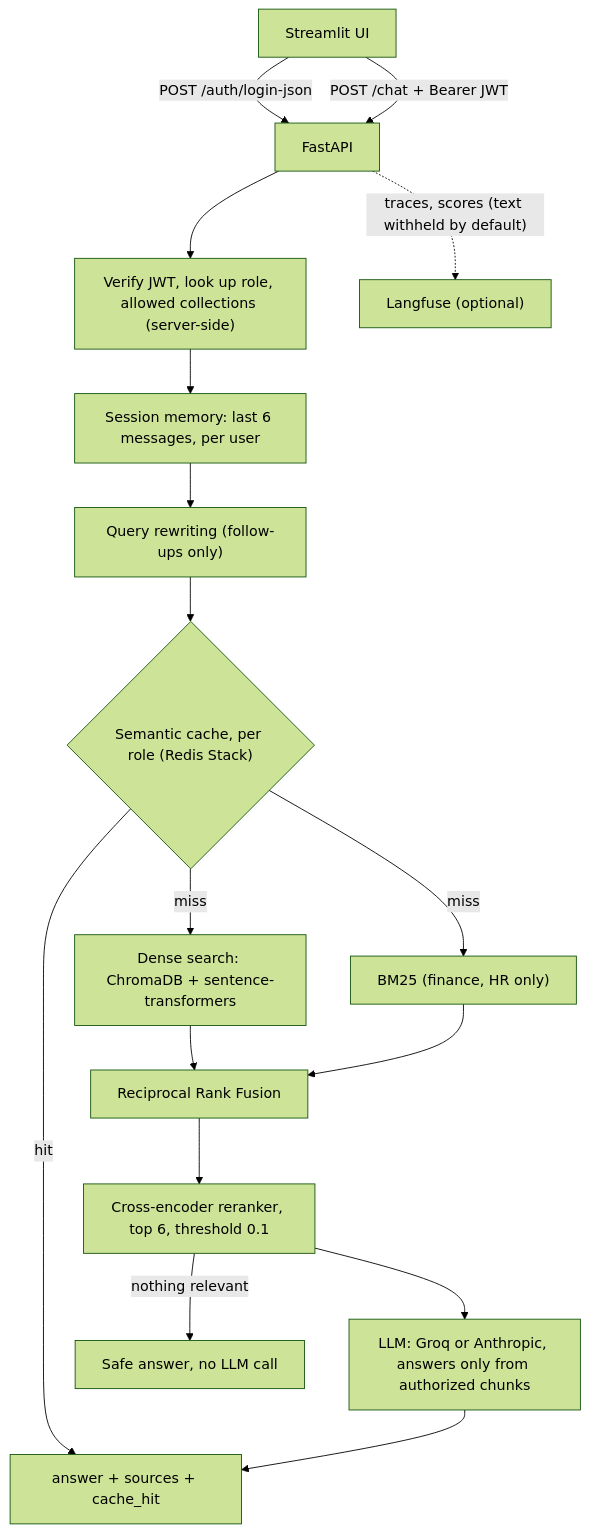
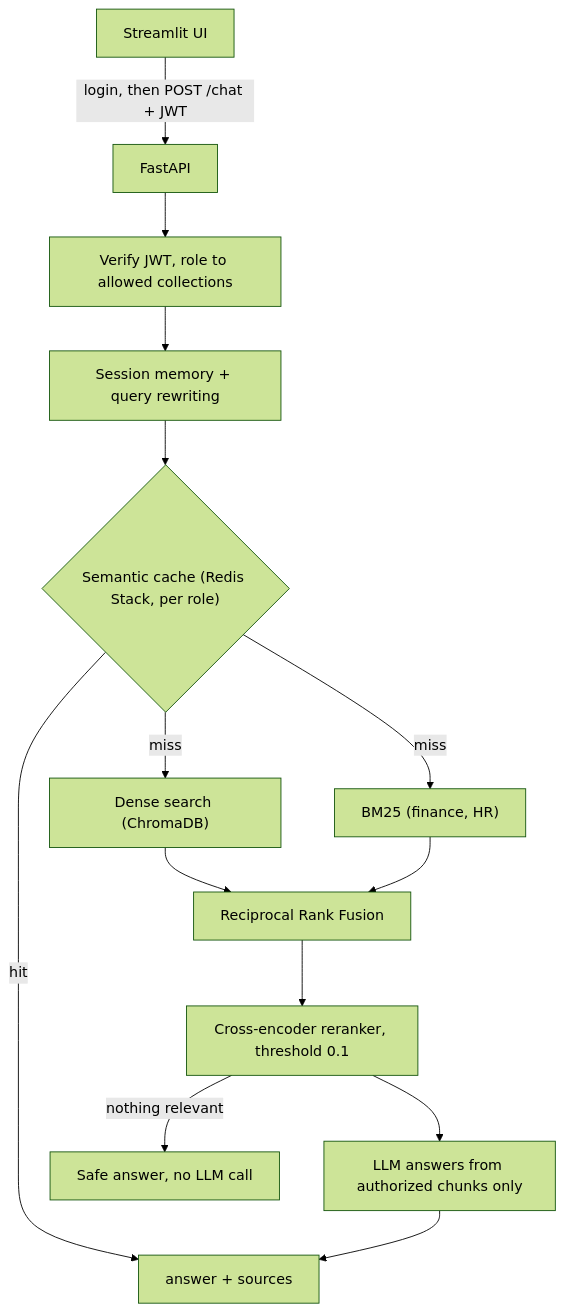
Before and after one commit to vgpatel124/Role-based-Chatbot: the diagram in README.md, drawn with Mermaid (forest theme). The commit also changed other lines of this file, not shown here.

````diff
--- a/README.md
+++ b/README.md
@@ -47,19 +18,16 @@
 ```mermaid
 flowchart TB
-    UI["Streamlit UI"] -->|"POST /auth/login-json"| API["FastAPI"]
-    UI -->|"POST /chat + Bearer JWT"| API
-    API --> AUTH["Verify JWT, look up role, allowed collections (server-side)"]
-    AUTH --> MEM["Session memory: last 6 messages, per user"]
-    MEM --> RW["Query rewriting (follow-ups only)"]
-    RW --> CACHE{"Semantic cache, per role (Redis Stack)"}
-    CACHE -->|hit| OUT["answer + sources + cache_hit"]
-    CACHE -->|miss| DENSE["Dense search: ChromaDB + sentence-transformers"]
-    CACHE -->|miss| BM25["BM25 (finance, HR only)"]
+    UI["Streamlit UI"] -->|"login, then POST /chat + JWT"| API["FastAPI"]
+    API --> AUTH["Verify JWT, role to allowed collections"]
+    AUTH --> RW["Session memory + query rewriting"]
+    RW --> CACHE{"Semantic cache (Redis Stack, per role)"}
+    CACHE -->|hit| OUT["answer + sources"]
+    CACHE -->|miss| DENSE["Dense search (ChromaDB)"]
+    CACHE -->|miss| BM25["BM25 (finance, HR)"]
     DENSE --> RRF["Reciprocal Rank Fusion"]
     BM25 --> RRF
-    RRF --> RERANK["Cross-encoder reranker, top 6, threshold 0.1"]
+    RRF --> RERANK["Cross-encoder reranker, threshold 0.1"]
     RERANK -->|"nothing relevant"| SAFE["Safe answer, no LLM call"]
-    RERANK --> LLM["LLM: Groq or Anthropic, answers only from authorized chunks"]
+    RERANK --> LLM["LLM answers from authorized chunks only"]
     LLM --> OUT
-    API -.->|"traces, scores (text withheld by default)"| LF["Langfuse (optional)"]
 ```
````
